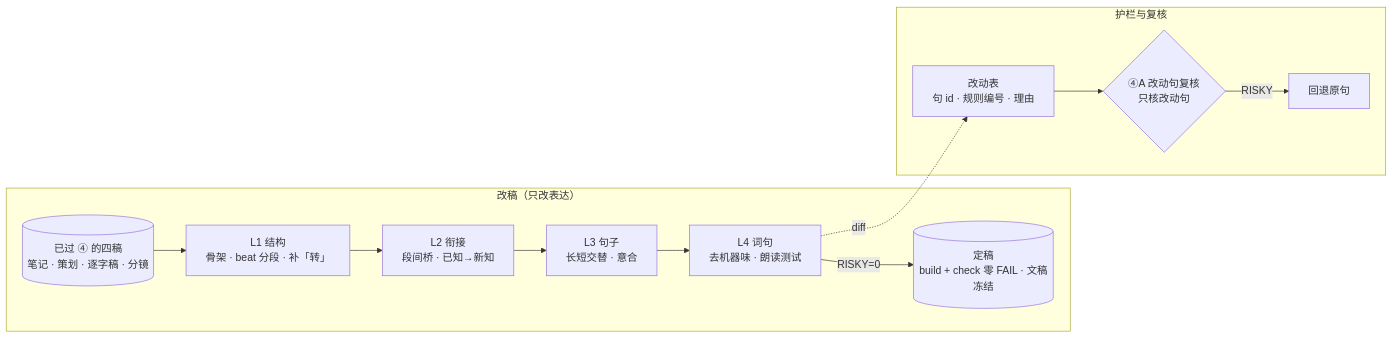
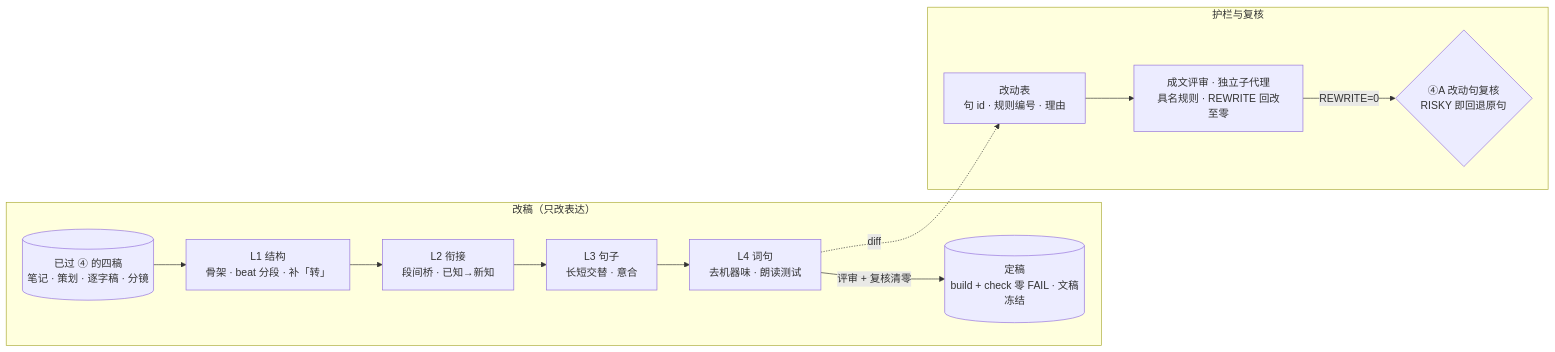
Before and after one commit to ThreeFish-AI/to-video: the diagram in docs/assets/mermaid/prose-refinement--passes.mmd, drawn with Mermaid. The commit also changed 11 other files, not shown here.

First line of the commit message:
fix(rsi): ⑤ 通过门补「成文评审」定义并与 ④ 同口径（RSI-011 评审回归）;

```diff
--- a/docs/assets/mermaid/prose-refinement--passes.mmd
+++ b/docs/assets/mermaid/prose-refinement--passes.mmd
@@ -1,17 +1,18 @@
 %% source: references/05-prose-refinement.md — 三、四层 pass · 九、改动审计与复核
 %% slug: prose-refinement--passes
 %% type: workflow
 %% derived: authored for RSI-011（archify JSON 源不入库，本文件是可 diff 的拓扑事实）
+%% fix: RSI-011 评审回归——补「成文评审」节点；门改为评审 REWRITE=0 且复核 RISKY=0、REWRITE=0；回退并入复核节点
 flowchart LR
     subgraph PASS["改稿（只改表达）"]
         IN[(已过 ④ 的四稿<br/>笔记 · 策划 · 逐字稿 · 分镜)] --> L1[L1 结构<br/>骨架 · beat 分段 · 补「转」]
         L1 --> L2[L2 衔接<br/>段间桥 · 已知→新知]
         L2 --> L3[L3 句子<br/>长短交替 · 意合]
         L3 --> L4[L4 词句<br/>去机器味 · 朗读测试]
-        L4 -->|RISKY=0| GATE[(定稿<br/>build + check 零 FAIL · 文稿冻结)]
+        L4 -->|评审 + 复核清零| GATE[(定稿<br/>build + check 零 FAIL · 文稿冻结)]
     end
     subgraph GUARD["护栏与复核"]
-        AUDIT[改动表<br/>句 id · 规则编号 · 理由] --> RECHECK{④A 改动句复核<br/>只核改动句}
-        RECHECK -->|RISKY| ROLLBACK[回退原句]
+        AUDIT[改动表<br/>句 id · 规则编号 · 理由] --> REVIEW[成文评审 · 独立子代理<br/>具名规则 · REWRITE 回改至零]
+        REVIEW -->|REWRITE=0| RECHECK{④A 改动句复核<br/>RISKY 即回退原句}
     end
     L4 -.->|diff| AUDIT
```
